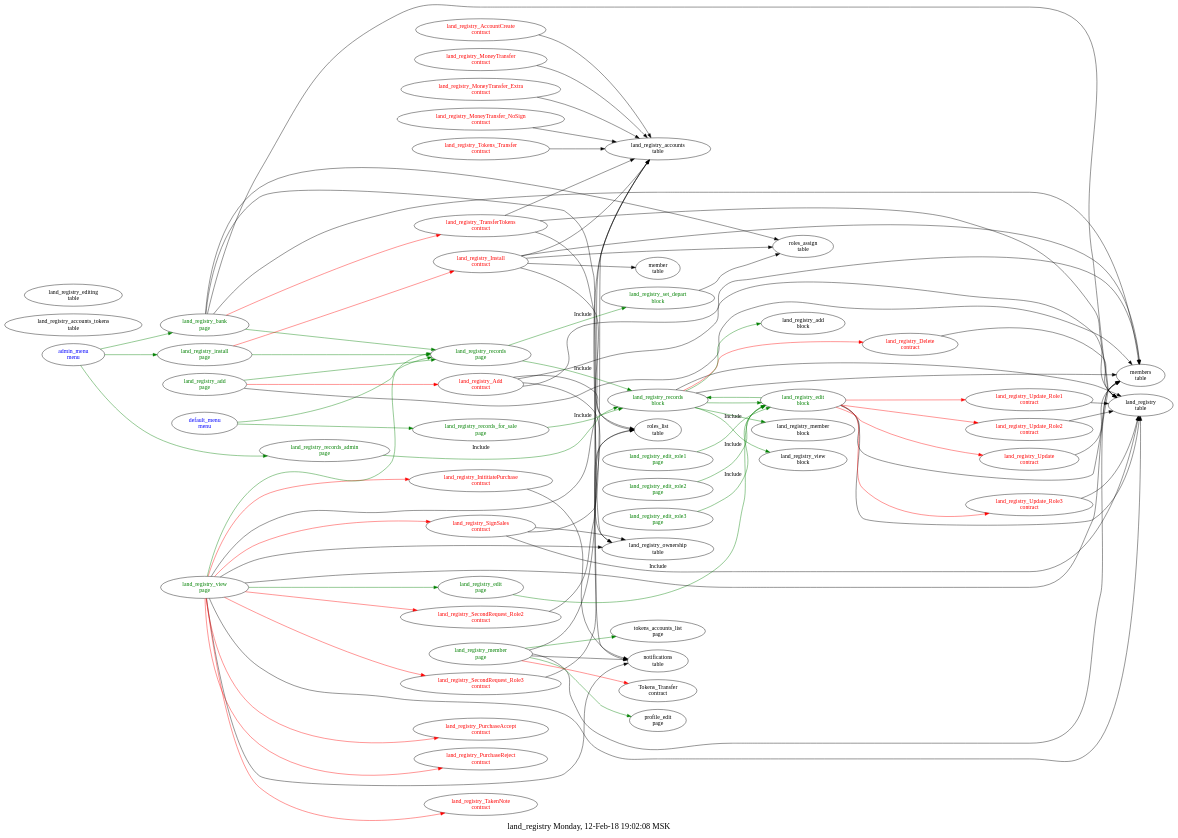
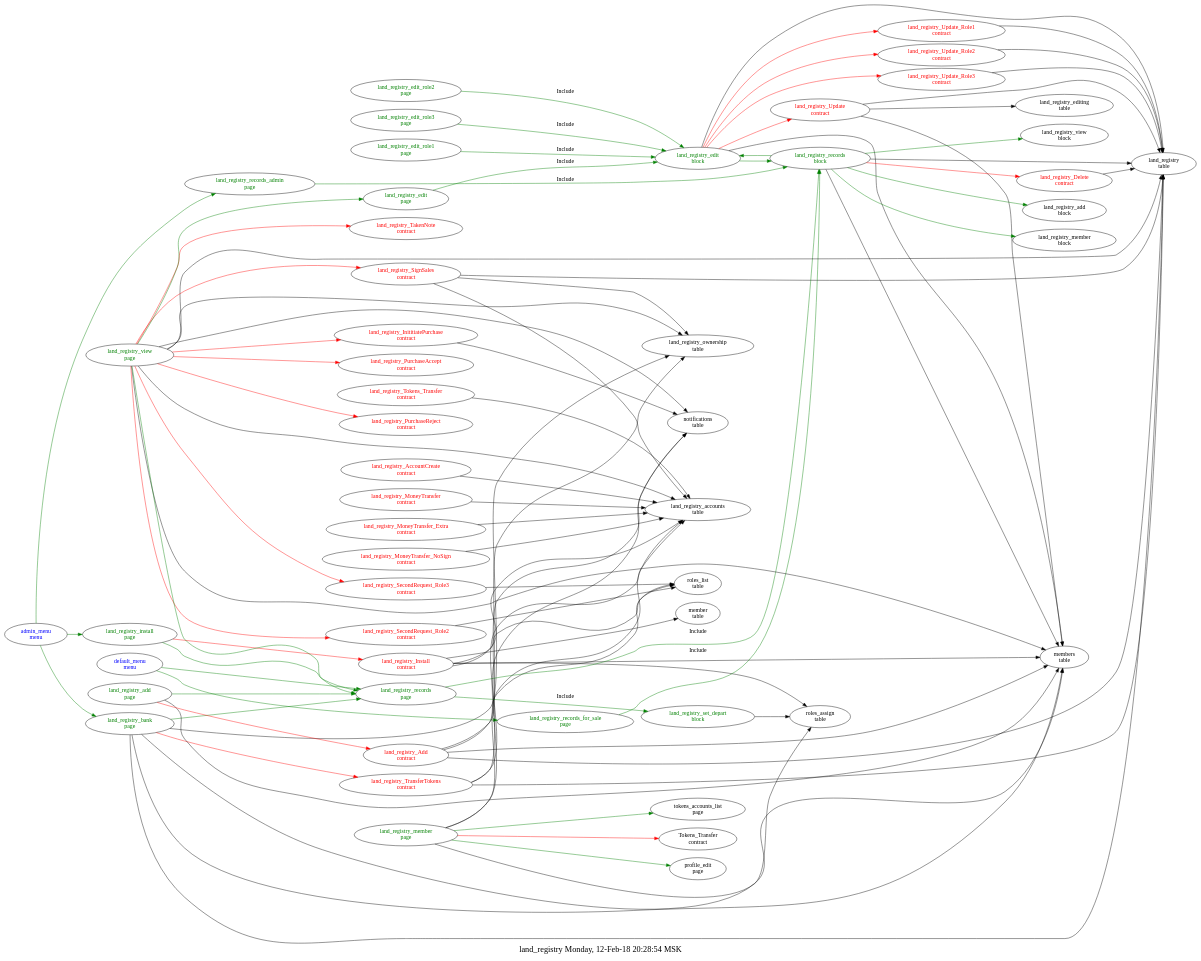
Before and after one commit to AplaProject/apps: the diagram in src/land_registry/struct.dot, drawn with Graphviz. The commit also changed 2 other files, not shown here.

```diff
--- a/src/land_registry/struct.dot
+++ b/src/land_registry/struct.dot
@@ -1,134 +1,131 @@
 digraph G {
 fontsize="20.0";
-label="land_registry Monday, 12-Feb-18 19:02:08 MSK";
+label="land_registry Monday, 12-Feb-18 20:28:54 MSK";
 rankdir=LR;
+"land_registry_edit\nblock" -> "land_registry_Update_Role1\ncontract"  [ color=red ]
+"land_registry_edit\nblock" -> "land_registry_Update_Role2\ncontract"  [ color=red ]
+"land_registry_edit\nblock" -> "land_registry_Update_Role3\ncontract"  [ color=red ]
+"land_registry_edit\nblock" -> "land_registry_Update\ncontract"  [ color=red ]
+"land_registry_edit\nblock" -> "land_registry\ntable"
+"land_registry_edit\nblock" -> "members\ntable"
+"land_registry_edit\nblock" -> "land_registry_records\nblock"  [ color=green ]
+"land_registry_edit\nblock" [fontcolor=green, group=blocks];
+"land_registry_records\nblock" -> "land_registry_Delete\ncontract"  [ color=red ]
+"land_registry_records\nblock" -> "land_registry\ntable"
+"land_registry_records\nblock" -> "members\ntable"
+"land_registry_records\nblock" -> "land_registry_member\nblock"  [ color=green ]
+"land_registry_records\nblock" -> "land_registry_view\nblock"  [ color=green ]
+"land_registry_records\nblock" -> "land_registry_edit\nblock"  [ color=green ]
+"land_registry_records\nblock" -> "land_registry_add\nblock"  [ color=green ]
+"land_registry_records\nblock" [fontcolor=green, group=blocks];
+"land_registry_set_depart\nblock" -> "roles_assign\ntable"
+"land_registry_set_depart\nblock" [fontcolor=green, group=blocks];
 "land_registry_AccountCreate\ncontract" -> "land_registry_accounts\ntable"
 "land_registry_AccountCreate\ncontract" [fontcolor=red, group=contracts];
 "land_registry_Add\ncontract" -> "members\ntable"
 "land_registry_Add\ncontract" -> "roles_list\ntable"
 "land_registry_Add\ncontract" -> "land_registry\ntable"
 "land_registry_Add\ncontract" -> "land_registry_ownership\ntable"
 "land_registry_Add\ncontract" [fontcolor=red, group=contracts];
 "land_registry_Delete\ncontract" -> "land_registry\ntable"
 "land_registry_Delete\ncontract" [fontcolor=red, group=contracts];
 "land_registry_InititiatePurchase\ncontract" -> "notifications\ntable"
 "land_registry_InititiatePurchase\ncontract" [fontcolor=red, group=contracts];
 "land_registry_Install\ncontract" -> "member\ntable"
 "land_registry_Install\ncontract" -> "members\ntable"
 "land_registry_Install\ncontract" -> "land_registry_accounts\ntable"
 "land_registry_Install\ncontract" -> "roles_list\ntable"
 "land_registry_Install\ncontract" -> "roles_assign\ntable"
 "land_registry_Install\ncontract" [fontcolor=red, group=contracts];
 "land_registry_MoneyTransfer\ncontract" -> "land_registry_accounts\ntable"
 "land_registry_MoneyTransfer\ncontract" [fontcolor=red, group=contracts];
 "land_registry_MoneyTransfer_Extra\ncontract" -> "land_registry_accounts\ntable"
 "land_registry_MoneyTransfer_Extra\ncontract" [fontcolor=red, group=contracts];
 "land_registry_MoneyTransfer_NoSign\ncontract" -> "land_registry_accounts\ntable"
 "land_registry_MoneyTransfer_NoSign\ncontract" [fontcolor=red, group=contracts];
 "land_registry_PurchaseAccept\ncontract" [fontcolor=red, group=contracts];
 "land_registry_PurchaseReject\ncontract" [fontcolor=red, group=contracts];
 "land_registry_SecondRequest_Role2\ncontract" -> "roles_list\ntable"
 "land_registry_SecondRequest_Role2\ncontract" [fontcolor=red, group=contracts];
 "land_registry_SecondRequest_Role3\ncontract" -> "roles_list\ntable"
 "land_registry_SecondRequest_Role3\ncontract" [fontcolor=red, group=contracts];
-"land_registry_Tokens_Transfer\ncontract" -> "land_registry_accounts\ntable"
-"land_registry_Tokens_Transfer\ncontract" [fontcolor=red, group=contracts];
-"land_registry_TakenNote\ncontract" [fontcolor=red, group=contracts];
 "land_registry_SignSales\ncontract" -> "land_registry_ownership\ntable"
 "land_registry_SignSales\ncontract" -> "land_registry\ntable"
 "land_registry_SignSales\ncontract" -> "land_registry_accounts\ntable"
 "land_registry_SignSales\ncontract" [fontcolor=red, group=contracts];
+"land_registry_TakenNote\ncontract" [fontcolor=red, group=contracts];
+"land_registry_Tokens_Transfer\ncontract" -> "land_registry_accounts\ntable"
+"land_registry_Tokens_Transfer\ncontract" [fontcolor=red, group=contracts];
 "land_registry_TransferTokens\ncontract" -> "notifications\ntable"
 "land_registry_TransferTokens\ncontract" -> "land_registry\ntable"
 "land_registry_TransferTokens\ncontract" -> "land_registry_accounts\ntable"
 "land_registry_TransferTokens\ncontract" [fontcolor=red, group=contracts];
+"land_registry_Update\ncontract" -> "land_registry\ntable"
 "land_registry_Update\ncontract" -> "members\ntable"
+"land_registry_Update\ncontract" -> "land_registry_editing\ntable"
 "land_registry_Update\ncontract" [fontcolor=red, group=contracts];
 "land_registry_Update_Role1\ncontract" -> "land_registry\ntable"
 "land_registry_Update_Role1\ncontract" [fontcolor=red, group=contracts];
 "land_registry_Update_Role2\ncontract" -> "land_registry\ntable"
 "land_registry_Update_Role2\ncontract" [fontcolor=red, group=contracts];
 "land_registry_Update_Role3\ncontract" -> "land_registry\ntable"
 "land_registry_Update_Role3\ncontract" [fontcolor=red, group=contracts];
 "admin_menu\nmenu" -> "land_registry_records_admin\npage"  [ color=green ]
 "admin_menu\nmenu" -> "land_registry_bank\npage"  [ color=green ]
 "admin_menu\nmenu" -> "land_registry_install\npage"  [ color=green ]
 "admin_menu\nmenu" [fontcolor=blue, group=menus];
 "default_menu\nmenu" -> "land_registry_records\npage"  [ color=green ]
 "default_menu\nmenu" -> "land_registry_records_for_sale\npage"  [ color=green ]
 "default_menu\nmenu" [fontcolor=blue, group=menus];
-"land_registry_edit\nblock" -> "land_registry_Update_Role1\ncontract"  [ color=red ]
-"land_registry_edit\nblock" -> "land_registry_Update_Role2\ncontract"  [ color=red ]
-"land_registry_edit\nblock" -> "land_registry_Update_Role3\ncontract"  [ color=red ]
-"land_registry_edit\nblock" -> "land_registry_Update\ncontract"  [ color=red ]
-"land_registry_edit\nblock" -> "land_registry\ntable"
-"land_registry_edit\nblock" -> "members\ntable"
-"land_registry_edit\nblock" -> "land_registry_records\nblock"  [ color=green ]
-"land_registry_edit\nblock" [fontcolor=green, group=blocks];
-"land_registry_records\nblock" -> "land_registry_Delete\ncontract"  [ color=red ]
-"land_registry_records\nblock" -> "land_registry\ntable"
-"land_registry_records\nblock" -> "members\ntable"
-"land_registry_records\nblock" -> "land_registry_member\nblock"  [ color=green ]
-"land_registry_records\nblock" -> "land_registry_view\nblock"  [ color=green ]
-"land_registry_records\nblock" -> "land_registry_edit\nblock"  [ color=green ]
-"land_registry_records\nblock" -> "land_registry_add\nblock"  [ color=green ]
-"land_registry_records\nblock" [fontcolor=green, group=blocks];
-"land_registry_set_depart\nblock" -> "roles_assign\ntable"
-"land_registry_set_depart\nblock" [fontcolor=green, group=blocks];
 "land_registry_add\npage" -> "land_registry_Add\ncontract"  [ color=red ]
 "land_registry_add\npage" -> "members\ntable"
 "land_registry_add\npage" -> "land_registry_records\npage"  [ color=green ]
 "land_registry_add\npage" [fontcolor=green, group=pages];
 "land_registry_bank\npage" -> "land_registry_TransferTokens\ncontract"  [ color=red ]
 "land_registry_bank\npage" -> "land_registry_ownership\ntable"
 "land_registry_bank\npage" -> "land_registry\ntable"
 "land_registry_bank\npage" -> "roles_assign\ntable"
 "land_registry_bank\npage" -> "members\ntable"
 "land_registry_bank\npage" -> "land_registry_records\npage"  [ color=green ]
 "land_registry_bank\npage" [fontcolor=green, group=pages];
 "land_registry_edit\npage" -> "land_registry_edit\nblock"  [ color=green, label=Include ]
 "land_registry_edit\npage" [fontcolor=green, group=pages];
 "land_registry_edit_role1\npage" -> "land_registry_edit\nblock"  [ color=green, label=Include ]
 "land_registry_edit_role1\npage" [fontcolor=green, group=pages];
 "land_registry_edit_role2\npage" -> "land_registry_edit\nblock"  [ color=green, label=Include ]
 "land_registry_edit_role2\npage" [fontcolor=green, group=pages];
 "land_registry_edit_role3\npage" -> "land_registry_edit\nblock"  [ color=green, label=Include ]
 "land_registry_edit_role3\npage" [fontcolor=green, group=pages];
 "land_registry_install\npage" -> "land_registry_Install\ncontract"  [ color=red ]
 "land_registry_install\npage" -> "land_registry_records\npage"  [ color=green ]
 "land_registry_install\npage" [fontcolor=green, group=pages];
 "land_registry_member\npage" -> "Tokens_Transfer\ncontract"  [ color=red ]
 "land_registry_member\npage" -> "members\ntable"
 "land_registry_member\npage" -> "notifications\ntable"
 "land_registry_member\npage" -> "land_registry_accounts\ntable"
 "land_registry_member\npage" -> "profile_edit\npage"  [ color=green ]
 "land_registry_member\npage" -> "tokens_accounts_list\npage"  [ color=green ]
 "land_registry_member\npage" [fontcolor=green, group=pages];
 "land_registry_records\npage" -> "land_registry_set_depart\nblock"  [ color=green, label=Include ]
 "land_registry_records\npage" -> "land_registry_records\nblock"  [ color=green, label=Include ]
 "land_registry_records\npage" [fontcolor=green, group=pages];
 "land_registry_records_admin\npage" -> "land_registry_records\nblock"  [ color=green, label=Include ]
 "land_registry_records_admin\npage" [fontcolor=green, group=pages];
 "land_registry_records_for_sale\npage" -> "land_registry_records\nblock"  [ color=green, label=Include ]
 "land_registry_records_for_sale\npage" [fontcolor=green, group=pages];
 "land_registry_view\npage" -> "land_registry_SecondRequest_Role2\ncontract"  [ color=red ]
 "land_registry_view\npage" -> "land_registry_SecondRequest_Role3\ncontract"  [ color=red ]
 "land_registry_view\npage" -> "land_registry_InititiatePurchase\ncontract"  [ color=red ]
 "land_registry_view\npage" -> "land_registry_PurchaseReject\ncontract"  [ color=red ]
 "land_registry_view\npage" -> "land_registry_PurchaseAccept\ncontract"  [ color=red ]
 "land_registry_view\npage" -> "land_registry_SignSales\ncontract"  [ color=red ]
 "land_registry_view\npage" -> "land_registry_TakenNote\ncontract"  [ color=red ]
 "land_registry_view\npage" -> "land_registry\ntable"
 "land_registry_view\npage" -> "land_registry_ownership\ntable"
 "land_registry_view\npage" -> "members\ntable"
 "land_registry_view\npage" -> "notifications\ntable"
 "land_registry_view\npage" -> "land_registry_accounts\ntable"
 "land_registry_view\npage" -> "land_registry_records\npage"  [ color=green ]
 "land_registry_view\npage" -> "land_registry_edit\npage"  [ color=green ]
 "land_registry_view\npage" [fontcolor=green, group=pages];
-"land_registry\ntable" [group=tables];
-"land_registry_accounts\ntable" [group=tables];
-"land_registry_accounts_tokens\ntable" [group=tables];
-"land_registry_editing\ntable" [group=tables];
-"land_registry_ownership\ntable" [group=tables];
 }
```
